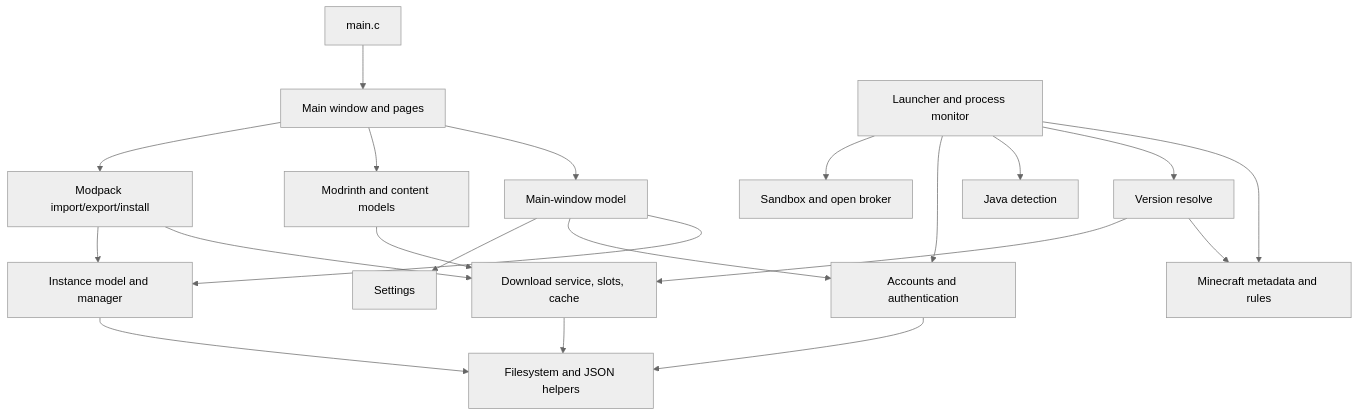
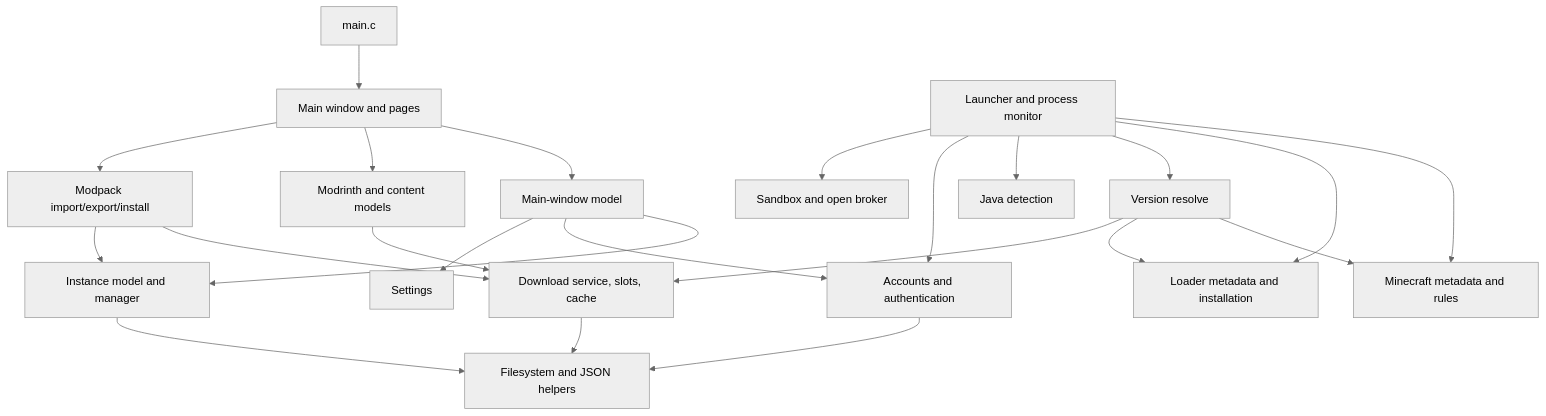
The second of 3 diagrams in docs/architecture.md (NuvashaLauncher/NuvashaLauncher), drawn with Mermaid (neutral theme) before and after one commit. The commit also changed other lines of this file and 3 other files, not shown here.

````diff
--- a/docs/architecture.md
+++ b/docs/architecture.md
@@ -80,39 +80,42 @@
 ```mermaid
 flowchart TD
     Main[main.c]
     Window[Main window and pages]
     Model[Main-window model]
     Instances[Instance model and manager]
     Accounts[Accounts and authentication]
     Settings[Settings]
     Content[Modrinth and content models]
     Packs[Modpack import/export/install]
     Versions[Minecraft metadata and rules]
+    Loaders[Loader metadata and installation]
     Resolve[Version resolve]
     Downloads[Download service, slots, cache]
     Launch[Launcher and process monitor]
     Java[Java detection]
     Sandbox[Sandbox and open broker]
     FS[Filesystem and JSON helpers]
 
     Main --> Window
     Window --> Model
     Model --> Instances
     Model --> Accounts
     Model --> Settings
     Window --> Content
     Window --> Packs
     Content --> Downloads
     Packs --> Downloads
     Packs --> Instances
     Launch --> Versions
+    Launch --> Loaders
     Launch --> Resolve
     Launch --> Java
     Launch --> Accounts
     Resolve --> Versions
+    Resolve --> Loaders
     Resolve --> Downloads
     Launch --> Sandbox
     Instances --> FS
     Accounts --> FS
     Downloads --> FS
 ```
````
